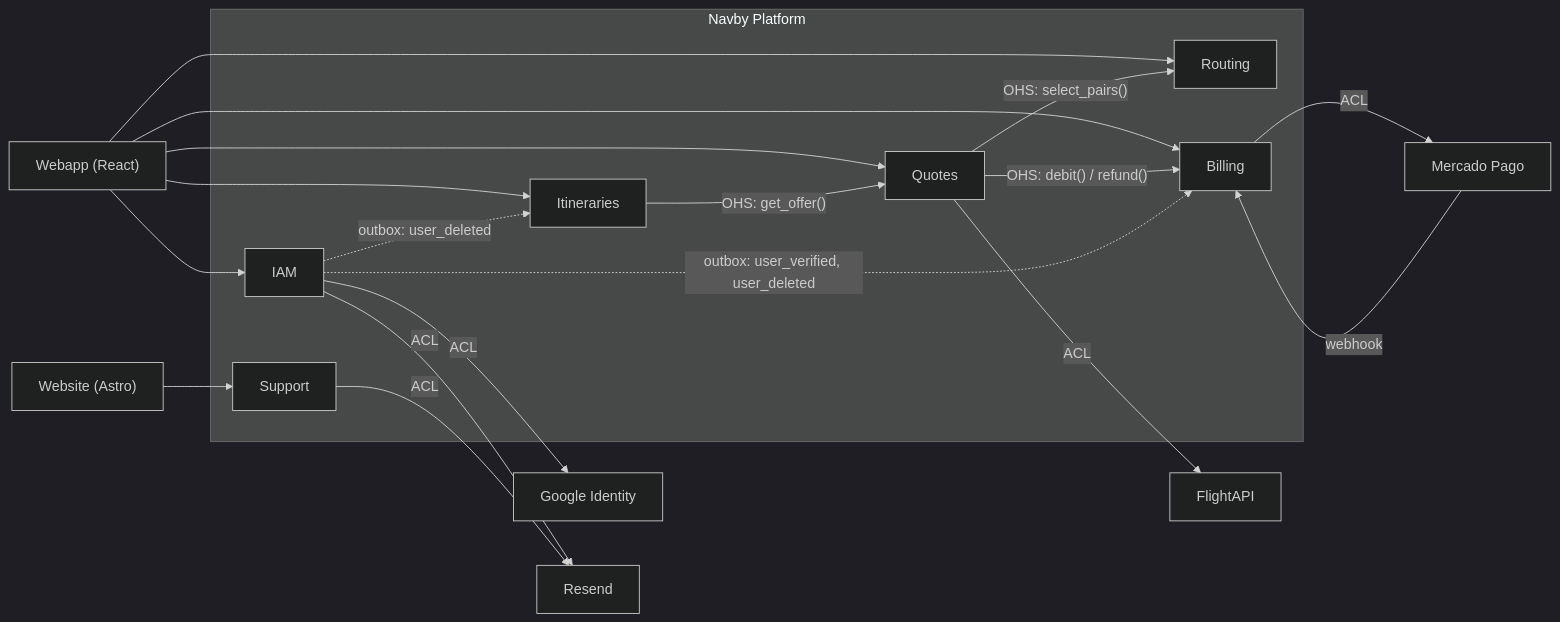
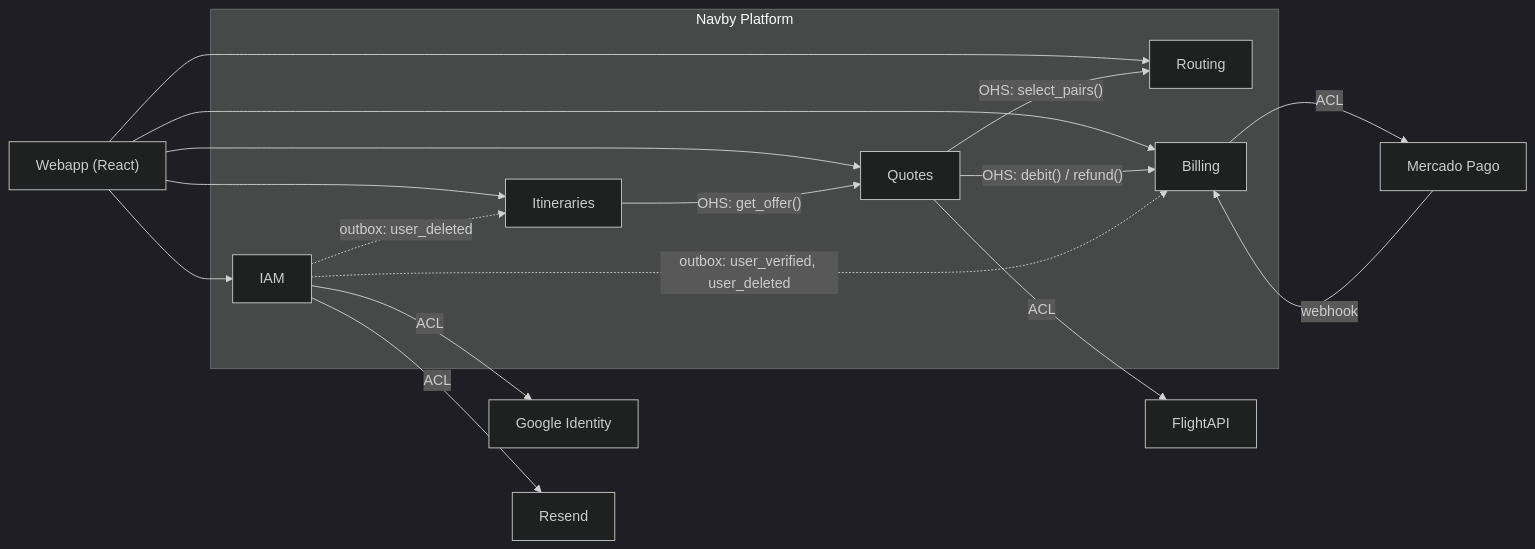
One commit to upc-pre-202620-1acc0184-4834-andeva/navby-report changed the first of 2 diagrams in docs/backend-documentation/navby-platform-documentation.md. Above: the diagram before and after it, drawn with Mermaid (dark theme). The commit also changed other lines of this file and 13 other files, not shown here.

````diff
--- a/docs/backend-documentation/navby-platform-documentation.md
+++ b/docs/backend-documentation/navby-platform-documentation.md
@@ -44,35 +43,31 @@
 ```mermaid
 flowchart LR
     Webapp["Webapp (React)"]
     MP["Mercado Pago"]
 
     subgraph Platform["Navby Platform"]
         IAM["IAM"]
         Routing["Routing"]
         Quotes["Quotes"]
         Billing["Billing"]
         Itin["Itineraries"]
-        Support["Support"]
     end
 
     FlightAPI["FlightAPI"]
     Google["Google Identity"]
     Resend["Resend"]
 
-    Website["Website (Astro)"]
     Webapp --> IAM & Routing & Quotes & Billing & Itin
-    Website --> Support
     MP -- webhook --> Billing
 
     Quotes -- "OHS: select_pairs()" --> Routing
     Quotes -- "OHS: debit() / refund()" --> Billing
     Itin -- "OHS: get_offer()" --> Quotes
     IAM -. "outbox: user_verified, user_deleted" .-> Billing
     IAM -. "outbox: user_deleted" .-> Itin
 
     Quotes -- ACL --> FlightAPI
     Billing -- ACL --> MP
     IAM -- ACL --> Google
     IAM -- ACL --> Resend
-    Support -- ACL --> Resend
 ```
````
